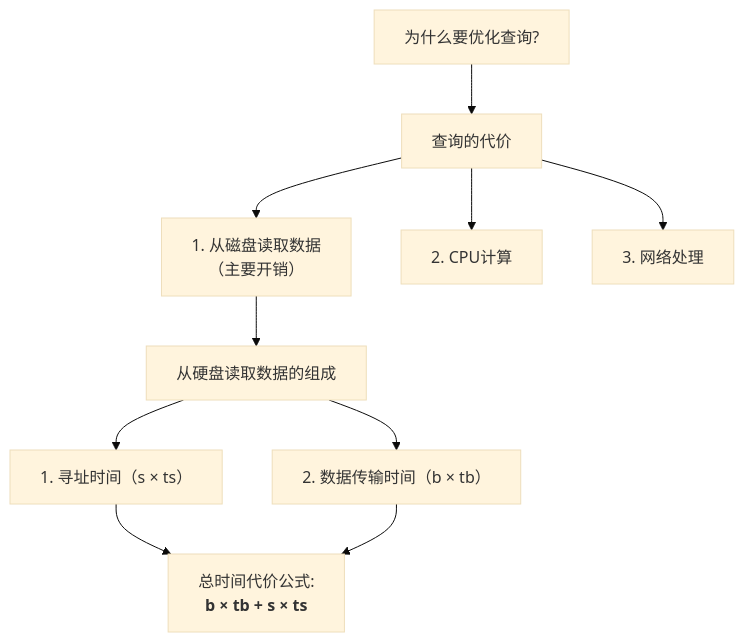
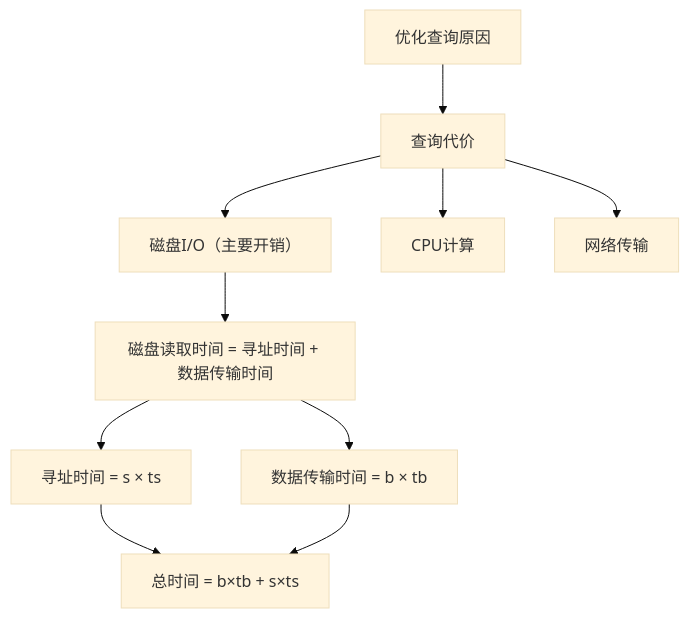
The second of 2 diagrams in 数据库系统概论/readme.md (alxy18977578363/Code_Brewery), drawn with Mermaid (base theme) before and after one commit.

````diff
--- a/数据库系统概论/readme.md
+++ b/数据库系统概论/readme.md
@@ -213,14 +213,14 @@
 ```mermaid
 flowchart TD
-    A[为什么要优化查询?] --> B[查询的代价]
-    B --> B1[1. 从磁盘读取数据\n（主要开销）]
-    B --> B2[2. CPU计算]
-    B --> B3[3. 网络处理]
+    A[优化查询原因] --> B[查询代价]
+    B --> B1["磁盘I/O（主要开销）"]
+    B --> B2[CPU计算]
+    B --> B3[网络传输]
     
-    B1 --> C[从硬盘读取数据的组成]
-    C --> C1["1. 寻址时间（s × ts）"]
-    C --> C2["2. 数据传输时间（b × tb）"]
+    B1 --> C["磁盘读取时间 = 寻址时间 + 数据传输时间"]
+    C --> C1["寻址时间 = s × ts"]
+    C --> C2["数据传输时间 = b × tb"]
     
-    C1 --> D["总时间代价公式:\n<b>b × tb + s × ts</b>"]
+    C1 --> D["总时间 = b×tb + s×ts"]
     C2 --> D
 ```
````
